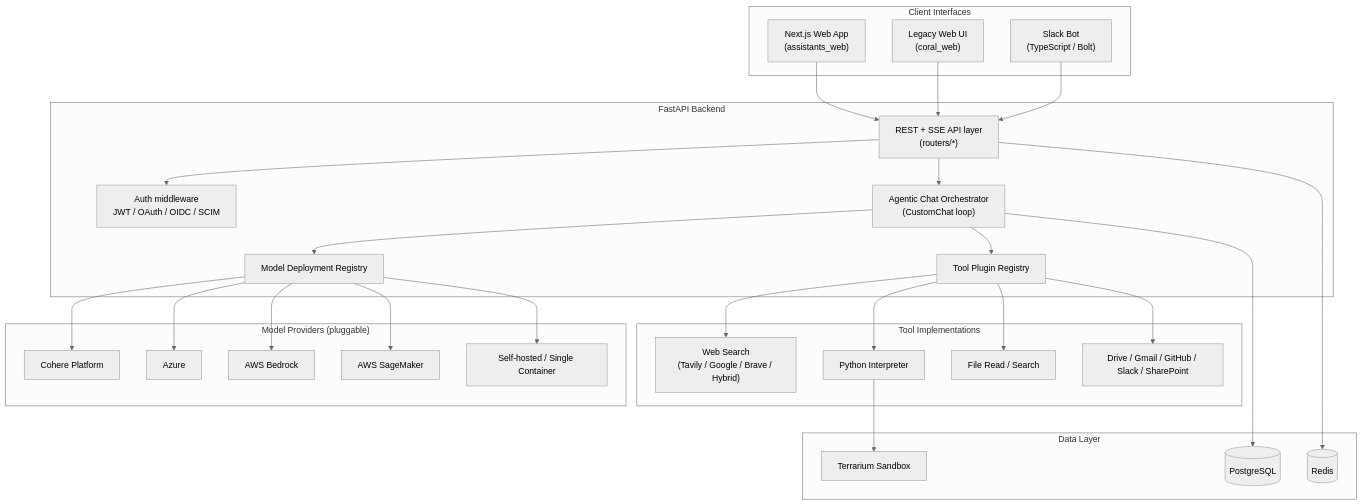
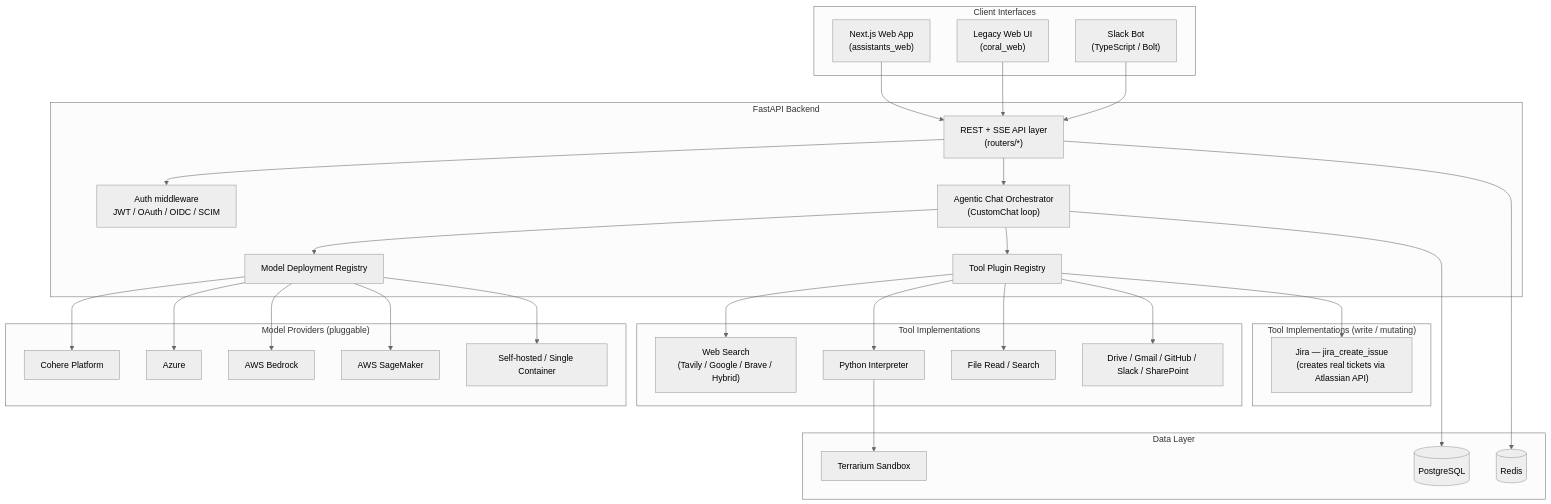
The diagram in README.md (Mad0kar/Toolgen), drawn with Mermaid (neutral theme) before and after one commit. The commit also changed other lines of this file and 3 other files, not shown here.

````diff
--- a/README.md
+++ b/README.md
@@ -83,48 +84,53 @@
 ```mermaid
 flowchart TB
     subgraph Interfaces["Client Interfaces"]
         WEB["Next.js Web App<br/>(assistants_web)"]
         LEGACY["Legacy Web UI<br/>(coral_web)"]
         SLACK["Slack Bot<br/>(TypeScript / Bolt)"]
     end
  
     subgraph Backend["FastAPI Backend"]
         API["REST + SSE API layer<br/>(routers/*)"]
         AUTH["Auth middleware<br/>JWT / OAuth / OIDC / SCIM"]
         ORCH["Agentic Chat Orchestrator<br/>(CustomChat loop)"]
         TOOLREG["Tool Plugin Registry"]
         DEPREG["Model Deployment Registry"]
     end
  
     subgraph Providers["Model Providers (pluggable)"]
         COHERE["Cohere Platform"]
         AZURE["Azure"]
         BEDROCK["AWS Bedrock"]
         SAGEMAKER["AWS SageMaker"]
         SINGLE["Self-hosted / Single Container"]
     end
  
     subgraph Tools["Tool Implementations"]
         SEARCH["Web Search<br/>(Tavily / Google / Brave / Hybrid)"]
         PY["Python Interpreter"]
         FILES["File Read / Search"]
         CONNECT["Drive / Gmail / GitHub / Slack / SharePoint"]
     end
+
+    subgraph WriteTools["Tool Implementations (write / mutating)"]
+        JIRA["Jira — jira_create_issue<br/>(creates real tickets via Atlassian API)"]
+    end
  
     subgraph Data["Data Layer"]
         PG[("PostgreSQL")]
         REDIS[("Redis")]
         TERR["Terrarium Sandbox"]
     end
  
     WEB --> API
     LEGACY --> API
     SLACK --> API
     API --> AUTH
     API --> ORCH
     ORCH --> DEPREG --> COHERE & AZURE & BEDROCK & SAGEMAKER & SINGLE
     ORCH --> TOOLREG --> SEARCH & PY & FILES & CONNECT
+    TOOLREG --> JIRA
     PY --> TERR
     ORCH --> PG
     API --> REDIS
 ```
````
